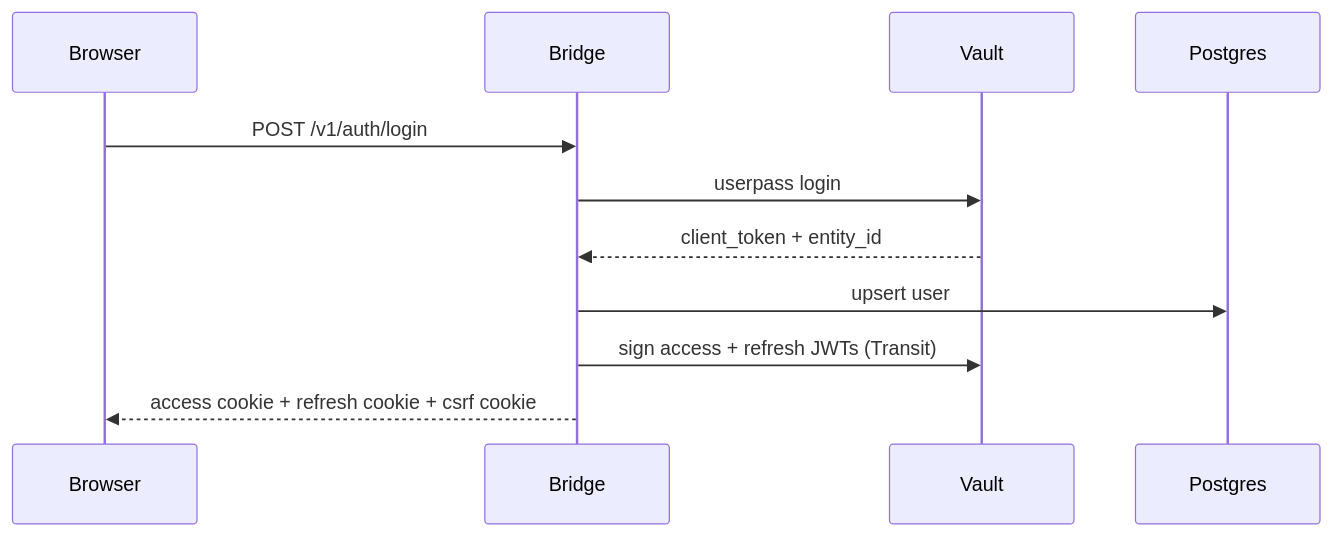
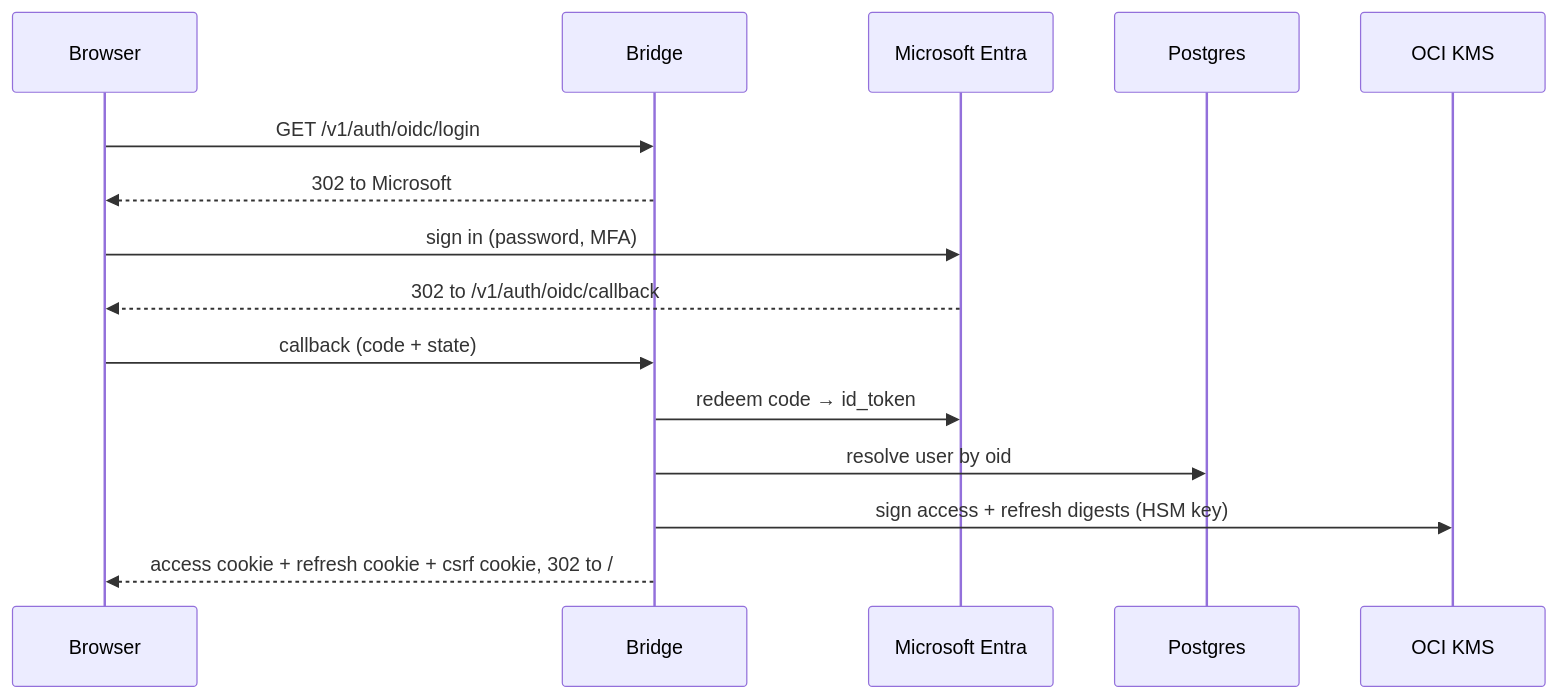
The third of 7 diagrams in magenticx/dialogue_bridge/README.md (konstantinosmpouros/mAgenticX), drawn with Mermaid before and after one commit. The commit also changed other lines of this file and 44 other files, not shown here.

Commit message:
feat(dialogue_bridge,agentic_ui): make Microsoft Entra SSO the only login and sign session tokens with an OCI KMS HSM key instead of Vault

````diff
--- a/magenticx/dialogue_bridge/README.md
+++ b/magenticx/dialogue_bridge/README.md
@@ -115,14 +116,18 @@
 ```mermaid
 sequenceDiagram
     participant Browser
     participant Bridge
-    participant Vault
+    participant Entra as Microsoft Entra
     participant Postgres
+    participant KMS as OCI KMS
 
-    Browser->>Bridge: POST /v1/auth/login
-    Bridge->>Vault: userpass login
-    Vault-->>Bridge: client_token + entity_id
-    Bridge->>Postgres: upsert user
-    Bridge->>Vault: sign access + refresh JWTs (Transit)
-    Bridge-->>Browser: access cookie + refresh cookie + csrf cookie
+    Browser->>Bridge: GET /v1/auth/oidc/login
+    Bridge-->>Browser: 302 to Microsoft
+    Browser->>Entra: sign in (password, MFA)
+    Entra-->>Browser: 302 to /v1/auth/oidc/callback
+    Browser->>Bridge: callback (code + state)
+    Bridge->>Entra: redeem code → id_token
+    Bridge->>Postgres: resolve user by oid
+    Bridge->>KMS: sign access + refresh digests (HSM key)
+    Bridge-->>Browser: access cookie + refresh cookie + csrf cookie, 302 to /
 ```
````
